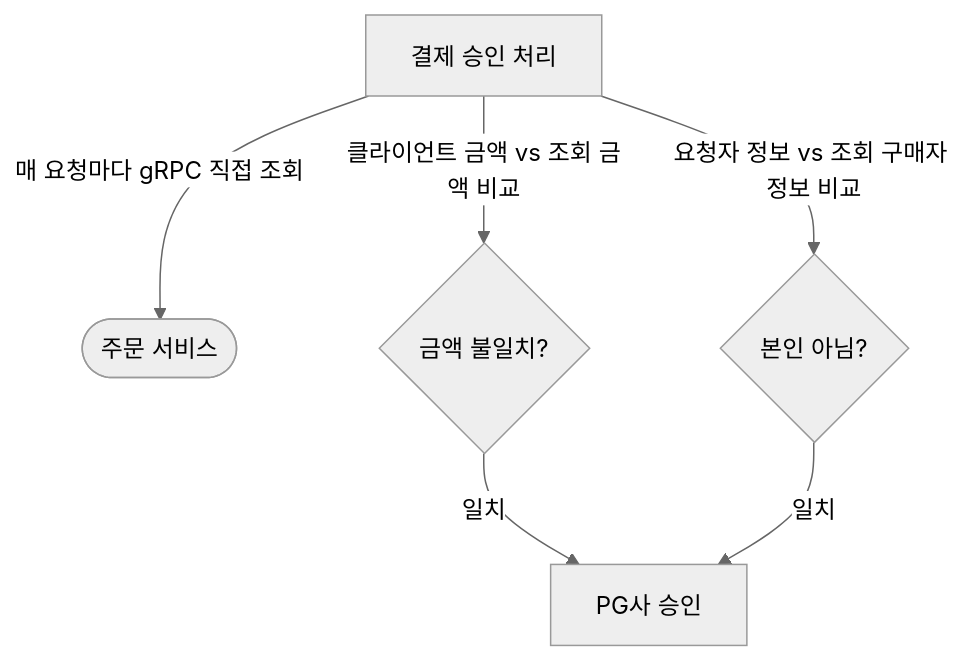
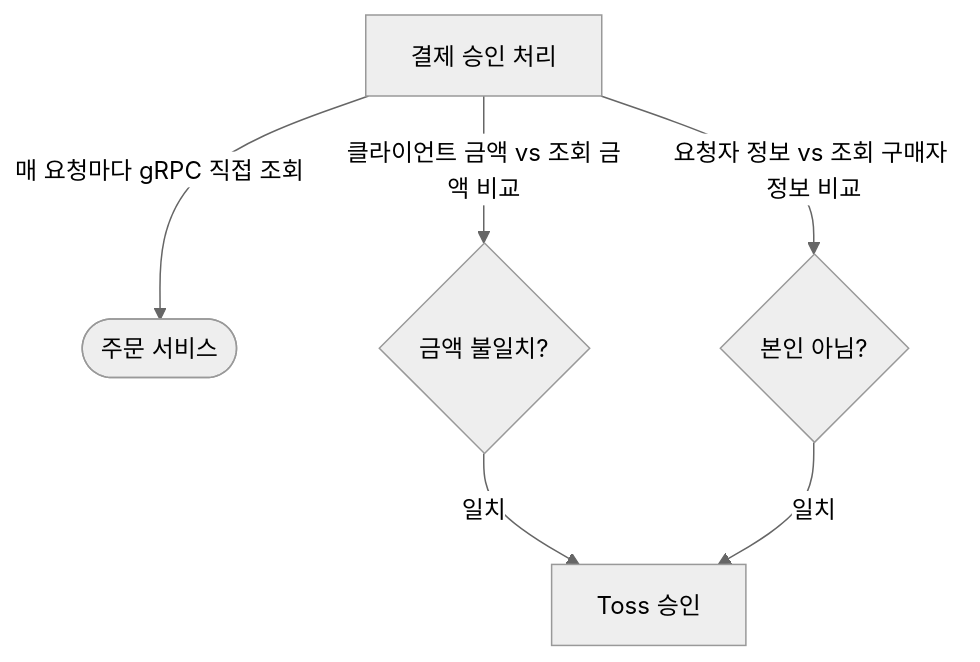
The second of 2 diagrams in src/content/projects/project-1/troubleshooting/order-verification-cache-to-grpc/index.md (Jinpyo-An/Jinpyo-An.github.io), drawn with Mermaid (neutral theme) before and after one commit. The commit also changed other lines of this file and 5 other files, not shown here.

````diff
--- a/src/content/projects/project-1/troubleshooting/order-verification-cache-to-grpc/index.md
+++ b/src/content/projects/project-1/troubleshooting/order-verification-cache-to-grpc/index.md
@@ -46,8 +46,8 @@
 ```mermaid
 flowchart TB
     CF2["결제 승인 처리"] -- "매 요청마다 gRPC 직접 조회" --> E2(["주문 서비스"])
     CF2 -- "클라이언트 금액 vs 조회 금액 비교" --> V2{"금액 불일치?"}
     CF2 -- "요청자 정보 vs 조회 구매자 정보 비교" --> V3{"본인 아님?"}
-    V2 -- "일치" --> R2["PG사 승인"]
+    V2 -- "일치" --> R2["Toss 승인"]
     V3 -- "일치" --> R2
 ```
````
